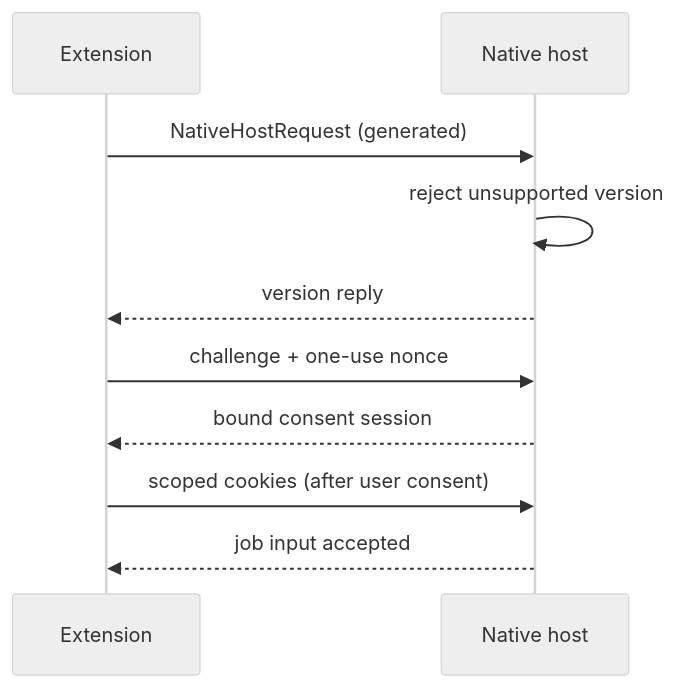
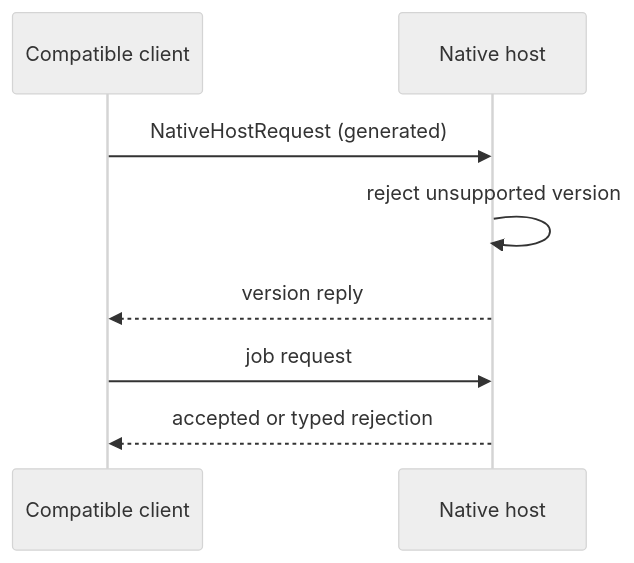
One commit to lovasoa/dezoomify changed the second of 2 diagrams in docs/protocol.md. Above: the diagram before and after it, drawn with Mermaid (neutral theme). The commit also changed other lines of this file and 44 other files, not shown here.

````diff
--- a/docs/protocol.md
+++ b/docs/protocol.md
@@ -53,12 +53,10 @@
 ```mermaid
 sequenceDiagram
-    participant E as Extension
+    participant C as Compatible client
     participant N as Native host
-    E->>N: NativeHostRequest (generated)
+    C->>N: NativeHostRequest (generated)
     N->>N: reject unsupported version
-    N-->>E: version reply
-    E->>N: challenge + one-use nonce
-    N-->>E: bound consent session
-    E->>N: scoped cookies (after user consent)
-    N-->>E: job input accepted
+    N-->>C: version reply
+    C->>N: job request
+    N-->>C: accepted or typed rejection
 ```
````
